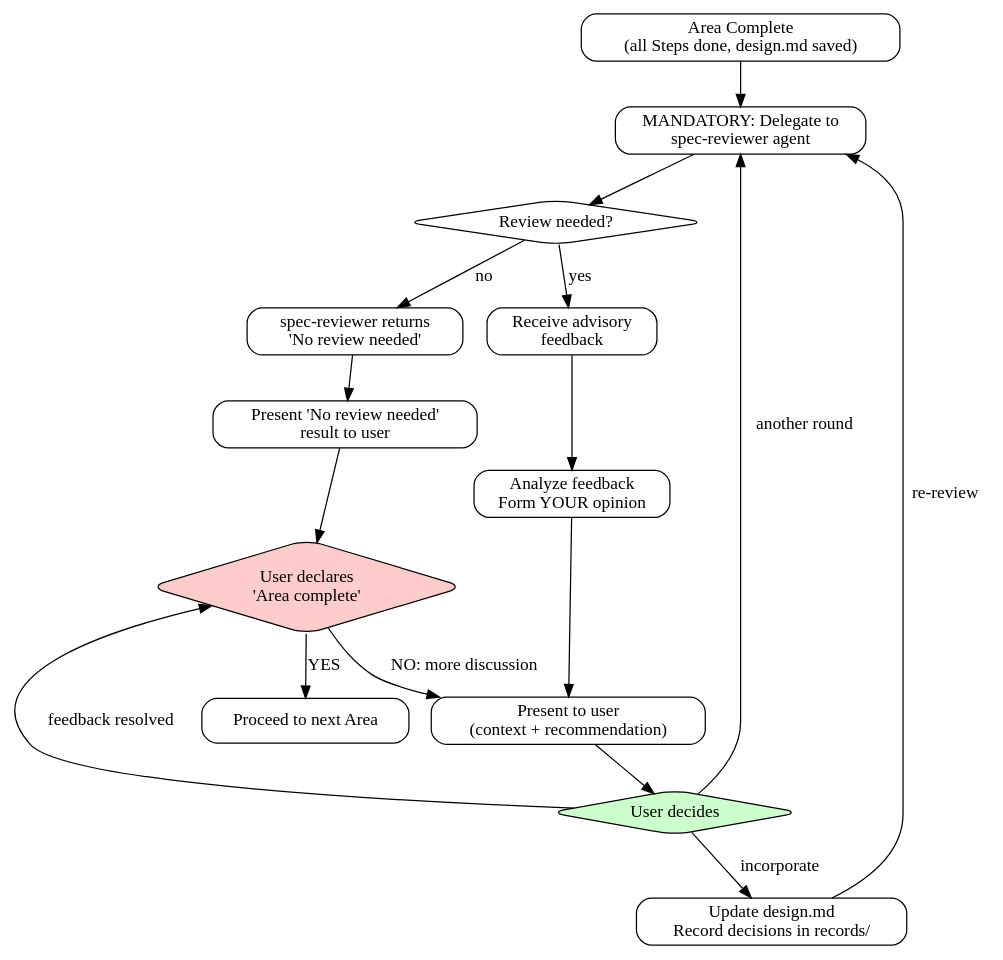
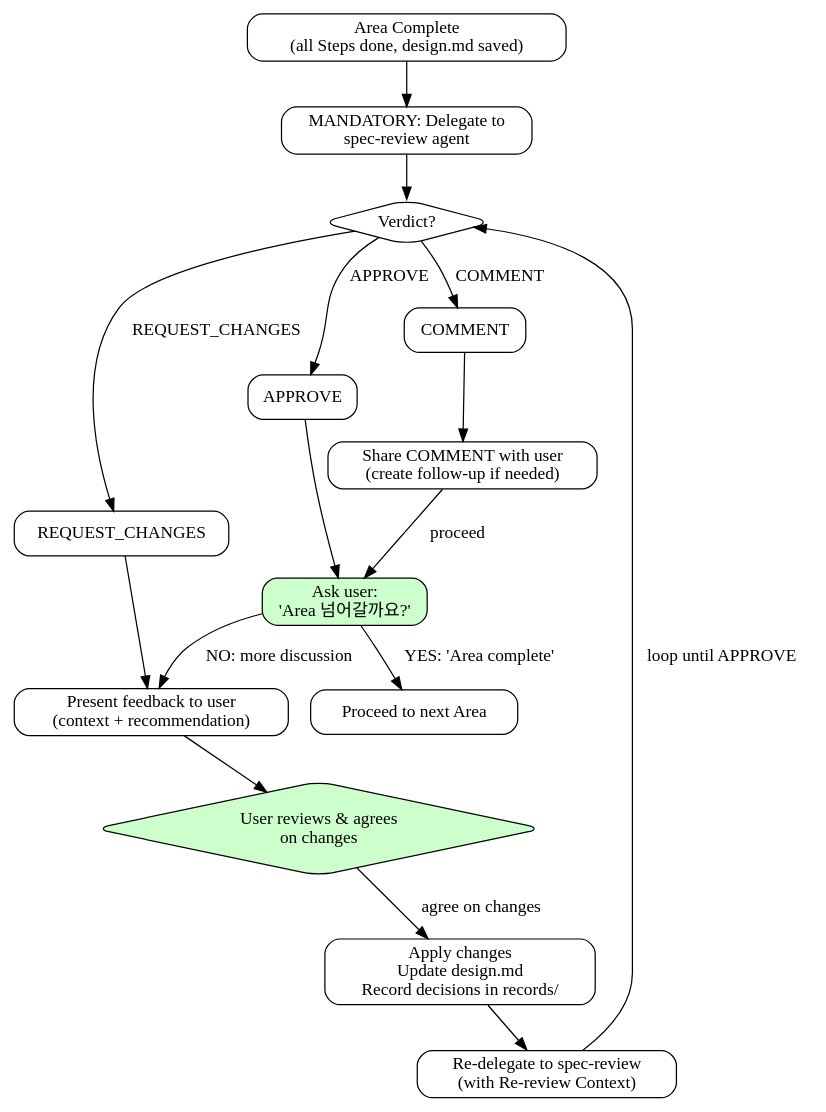
One commit to toongri/oh-my-toong-playground changed the second of 3 diagrams in skills/spec/SKILL.md. Above: the diagram before and after it, drawn with Graphviz. The commit also changed other lines of this file and 2 other files, not shown here.

````diff
--- a/skills/spec/SKILL.md
+++ b/skills/spec/SKILL.md
@@ -560,35 +560,42 @@
 ```dot
 digraph feedback_loop {
     rankdir=TB;
     node [shape=box, style=rounded];
 
     complete_step [label="Area Complete\n(all Steps done, design.md saved)"];
-    delegate [label="MANDATORY: Delegate to\nspec-reviewer agent"];
-    check_response [label="Review needed?", shape=diamond];
-    no_review [label="spec-reviewer returns\n'No review needed'"];
-    present_no_review [label="Present 'No review needed'\nresult to user"];
-    receive_feedback [label="Receive advisory\nfeedback"];
-    analyze [label="Analyze feedback\nForm YOUR opinion"];
-    present [label="Present to user\n(context + recommendation)"];
-    user_decides [label="User decides", shape=diamond, style="rounded,filled", fillcolor="#ccffcc"];
-    incorporate [label="Update design.md\nRecord decisions in records/"];
-    user_final [label="User declares\n'Area complete'", shape=diamond, style="rounded,filled", fillcolor="#ffcccc"];
+    delegate [label="MANDATORY: Delegate to\nspec-review agent"];
+    check_verdict [label="Verdict?", shape=diamond];
+
+    approve [label="APPROVE"];
+    ask_user [label="Ask user:\n'Area 넘어갈까요?'", style="rounded,filled", fillcolor="#ccffcc"];
     next_area [label="Proceed to next Area"];
 
+    request_changes [label="REQUEST_CHANGES"];
+    present_feedback [label="Present feedback to user\n(context + recommendation)"];
+    user_consensus [label="User reviews & agrees\non changes", shape=diamond, style="rounded,filled", fillcolor="#ccffcc"];
+    incorporate [label="Apply changes\nUpdate design.md\nRecord decisions in records/"];
+    re_delegate [label="Re-delegate to spec-review\n(with Re-review Context)"];
+
+    comment [label="COMMENT"];
+    share_comment [label="Share COMMENT with user\n(create follow-up if needed)"];
+
     complete_step -> delegate;
-    delegate -> check_response;
-    check_response -> no_review [label="no"];
-    check_response -> receive_feedback [label="yes"];
-    no_review -> present_no_review;
-    present_no_review -> user_final;
-    receive_feedback -> analyze;
-    analyze -> present;
-    present -> user_decides;
-    user_decides -> incorporate [label="incorporate"];
-    user_decides -> delegate [label="another round"];
-    user_decides -> user_final [label="feedback resolved"];
-    incorporate -> delegate [label="re-review"];
-    user_final -> next_area [label="YES"];
-    user_final -> present [label="NO: more discussion"];
+    delegate -> check_verdict;
+
+    check_verdict -> approve [label="APPROVE"];
+    approve -> ask_user;
+    ask_user -> next_area [label="YES: 'Area complete'"];
+    ask_user -> present_feedback [label="NO: more discussion"];
+
+    check_verdict -> request_changes [label="REQUEST_CHANGES"];
+    request_changes -> present_feedback;
+    present_feedback -> user_consensus;
+    user_consensus -> incorporate [label="agree on changes"];
+    incorporate -> re_delegate;
+    re_delegate -> check_verdict [label="loop until APPROVE"];
+
+    check_verdict -> comment [label="COMMENT"];
+    comment -> share_comment;
+    share_comment -> ask_user [label="proceed"];
 }
 ```
````
